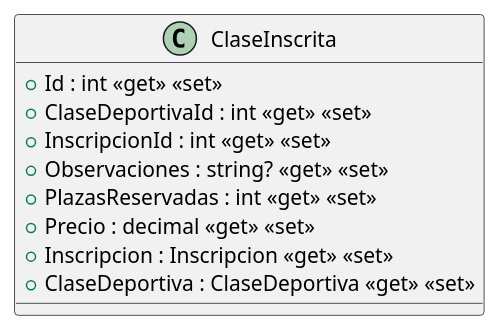
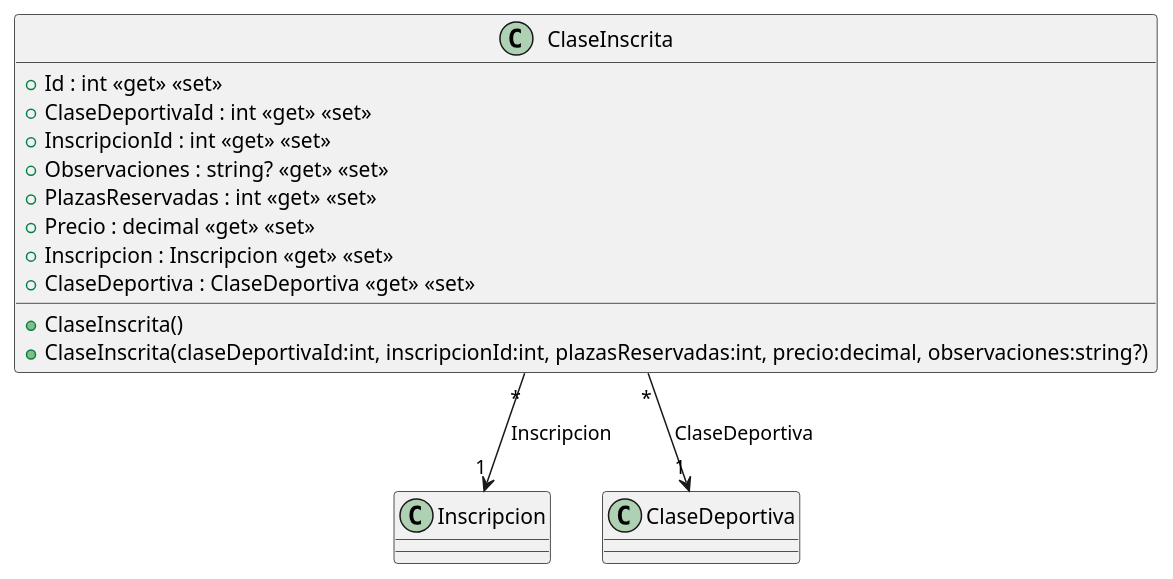
The diagram in src/AppForSEII.API/ClassDiagram/ClaseInscrita.puml (ISII26-27RJD/ISII2627-RDJ), drawn with PlantUML before and after one commit. The commit also changed 16 other files, not shown here.

Commit message:
hecho el CU-ClaseDeportiva y test en migrations

```diff
--- a/src/AppForSEII.API/ClassDiagram/ClaseInscrita.puml
+++ b/src/AppForSEII.API/ClassDiagram/ClaseInscrita.puml
@@ -1,12 +1,17 @@
 @startuml
 class ClaseInscrita {
+    + ClaseInscrita()
+    + ClaseInscrita(claseDeportivaId:int, inscripcionId:int, plazasReservadas:int, precio:decimal, observaciones:string?)
     + Id : int <<get>> <<set>>
     + ClaseDeportivaId : int <<get>> <<set>>
     + InscripcionId : int <<get>> <<set>>
     + Observaciones : string? <<get>> <<set>>
     + PlazasReservadas : int <<get>> <<set>>
     + Precio : decimal <<get>> <<set>>
     + Inscripcion : Inscripcion <<get>> <<set>>
     + ClaseDeportiva : ClaseDeportiva <<get>> <<set>>
 }
+
+ClaseInscrita "*" --> "1" Inscripcion : Inscripcion
+ClaseInscrita "*" --> "1" ClaseDeportiva : ClaseDeportiva
 @enduml
```
